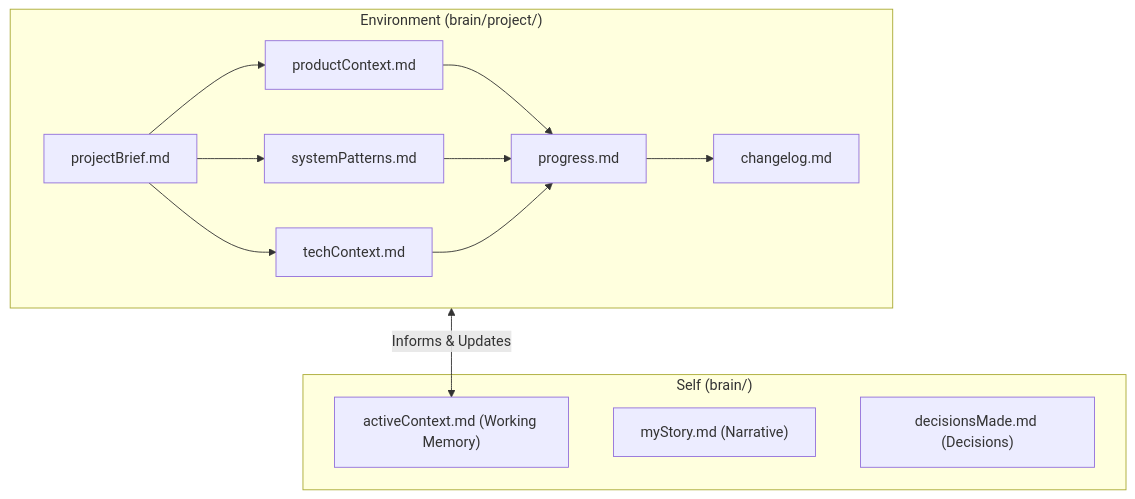
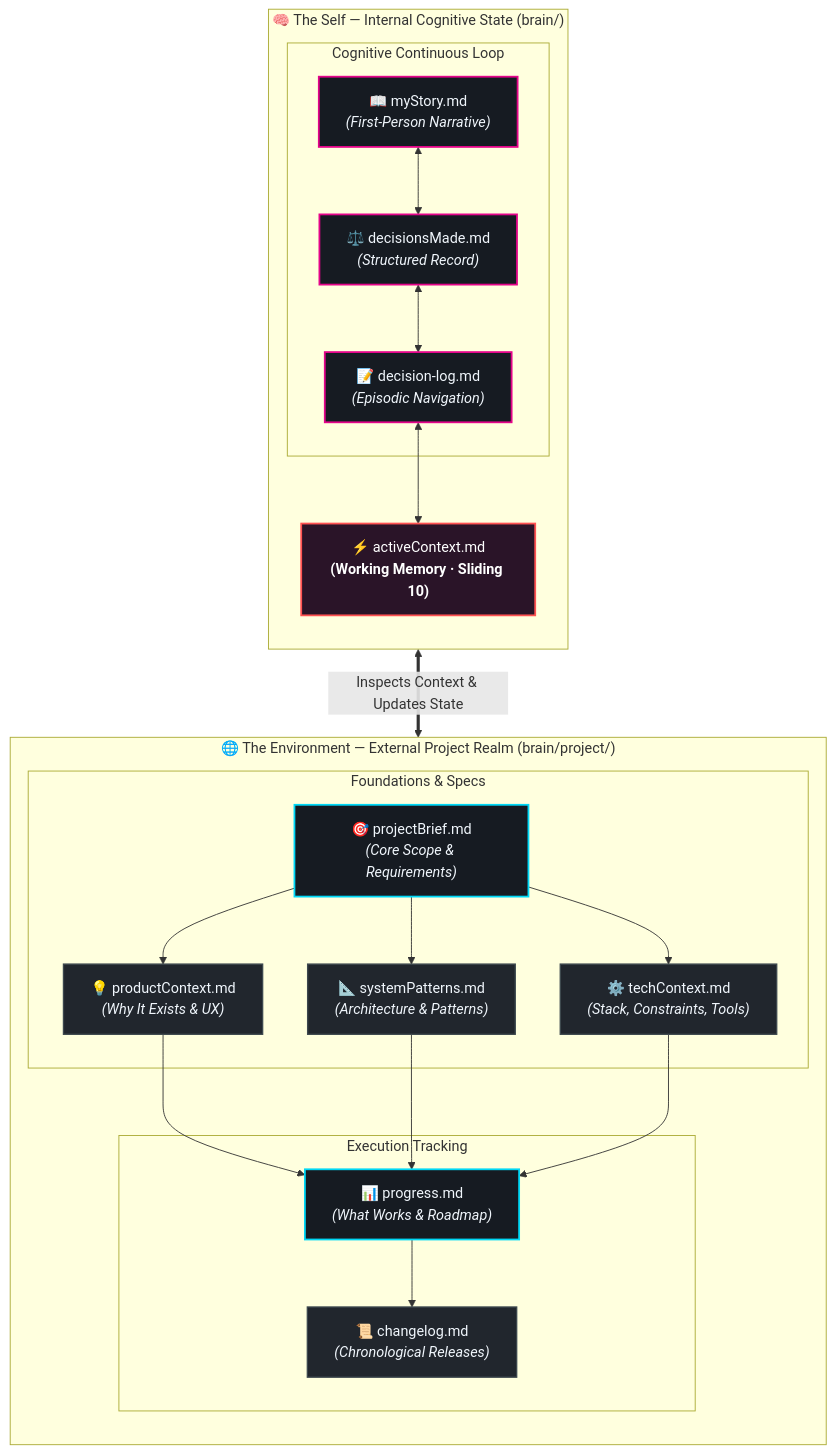
The first of 4 diagrams in .agents/rules/brain.md (ClawStackStudios/ShellGuard-Mobile), drawn with Mermaid before and after one commit.

Commit message:
docs(rules): elevate Self above Environment with high-contrast themed visual styling
User: make the brain mermaid diagram more interesting with Self visually above Environment
AI: update mermaid diagram in .agents/rules/brain.md with vertical TB hierarchy, Reef/Cyan theme accents, and cognitive loops

````diff
--- a/.agents/rules/brain.md
+++ b/.agents/rules/brain.md
@@ -29,21 +29,50 @@
 ```mermaid
 flowchart TD
-    subgraph Self ["Self (brain/)"]
-        AC["activeContext.md (Working Memory)"]
-        MS["myStory.md (Narrative)"]
-        DM["decisionsMade.md (Decisions)"]
+    %% Styling Classes
+    classDef selfStyle fill:#161B22,stroke:#E4048A,stroke-width:2px,color:#F0F6FC
+    classDef projectStyle fill:#161B22,stroke:#00D8F6,stroke-width:2px,color:#F0F6FC
+    classDef coreProject fill:#21262D,stroke:#3D484E,stroke-width:1.5px,color:#F0F6FC
+    classDef memoryStyle fill:#2A1428,stroke:#FF5252,stroke-width:2px,color:#FFFFFF
+
+    subgraph Self ["🧠 The Self — Internal Cognitive State (brain/)"]
+        direction TB
+        AC["⚡ activeContext.md<br/><b>(Working Memory · Sliding 10)</b>"]:::memoryStyle
+        
+        subgraph NarrativeFlow ["Cognitive Continuous Loop"]
+            MS["📖 myStory.md<br/><i>(First-Person Narrative)</i>"]:::selfStyle
+            DM["⚖️ decisionsMade.md<br/><i>(Structured Record)</i>"]:::selfStyle
+            DL["📝 decision-log.md<br/><i>(Episodic Navigation)</i>"]:::selfStyle
+        end
+        
+        MS <--> DM
+        DM <--> DL
+        DL <--> AC
     end
 
-    subgraph Environment ["Environment (brain/project/)"]
-        PB["projectBrief.md"] --> PC["productContext.md"]
-        PB --> SP["systemPatterns.md"]
-        PB --> TC["techContext.md"]
+    subgraph Environment ["🌐 The Environment — External Project Realm (brain/project/)"]
+        direction TB
+        subgraph SpecFoundation ["Foundations & Specs"]
+            PB["🎯 projectBrief.md<br/><i>(Core Scope & Requirements)</i>"]:::projectStyle
+            PC["💡 productContext.md<br/><i>(Why It Exists & UX)</i>"]:::coreProject
+            SP["📐 systemPatterns.md<br/><i>(Architecture & Patterns)</i>"]:::coreProject
+            TC["⚙️ techContext.md<br/><i>(Stack, Constraints, Tools)</i>"]:::coreProject
+        end
 
-        PC --> P["progress.md"]
+        subgraph StatusChronicle ["Execution Tracking"]
+            P["📊 progress.md<br/><i>(What Works & Roadmap)</i>"]:::projectStyle
+            CL["📜 changelog.md<br/><i>(Chronological Releases)</i>"]:::coreProject
+        end
+
+        PB --> PC
+        PB --> SP
+        PB --> TC
+
+        PC --> P
         SP --> P
         TC --> P
-        P --> CL["changelog.md"]
+        P --> CL
     end
 
-    Environment <-->|"Informs & Updates"| AC
+    %% High-level interaction across the boundary
+    AC <==>|"Inspects Context & Updates State"| Environment
 ```
````
